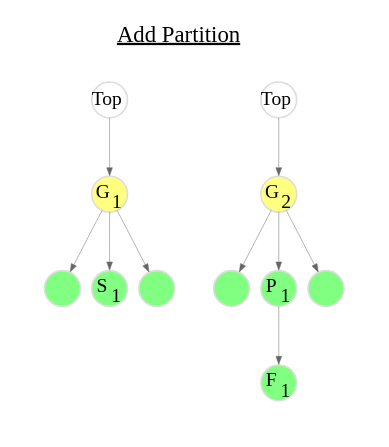
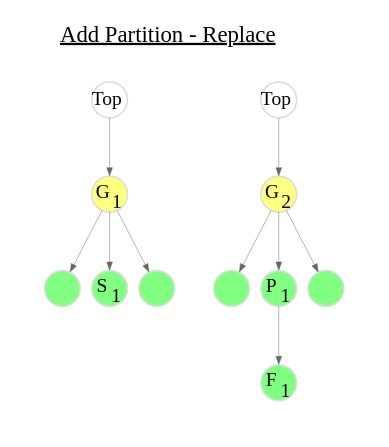
One commit to flatcap/dparted changed the diagram in 3_add_partition_replace.gv. Above: the diagram before and after it, drawn with Graphviz. The commit also changed 3 other files, not shown here.

```diff
--- a/3_add_partition_replace.gv
+++ b/3_add_partition_replace.gv
@@ -1,64 +1,64 @@
 digraph add {
 	graph [
 		rankdir="TB"
 		bgcolor="white"
 		color="white"
 		nodesep="0.1"
 		ranksep="0.5"
 		labelloc="t"
-		label=<<U>Add Partition</U>>
+		label=<<U>Add Partition - Replace</U>>
 	];
 
 	node [
 		fontsize="12"
 		style="solid"
 		width="0.3"
 		height="0.3"
 		fixedsize="true"
 		penwidth="1.0"
 		color="#DDDDDD"
 	];
 
 	edge [
 		penwidth="0.3"
 		color="#666666"
 		arrowsize="0.5"
 	];
 
 
 	subgraph cluster1 {
 		color=transparent;
 		labelloc="t"
 		label=""
 
 		a_Top [ label=<Top>                                              ];
 		a_G1  [ label=<G<SUB>1</SUB>> style="filled" fillcolor="#ffff80" ];
 		a_X1  [ label=<>              style="filled" fillcolor="#80ff80" ];
 		a_S1  [ label=<S<SUB>1</SUB>> style="filled" fillcolor="#80ff80" ];
 		a_X2  [ label=<>              style="filled" fillcolor="#80ff80" ];
 
 		a_Top -> a_G1;
 		a_G1 -> a_X1;
 		a_G1 -> a_S1;
 		a_G1 -> a_X2;
 	}
 
 	subgraph cluster2 {
 		color=transparent;
 		labelloc="t"
 		label=""
 
 		b_Top [ label=<Top>                                              ];
 		b_G2  [ label=<G<SUB>2</SUB>> style="filled" fillcolor="#ffff80" ];
 		b_X1  [ label=<>              style="filled" fillcolor="#80ff80" ];
 		b_P1  [ label=<P<SUB>1</SUB>> style="filled" fillcolor="#80ff80" ];
 		b_F1  [ label=<F<SUB>1</SUB>> style="filled" fillcolor="#80ff80" ];
 		b_X2  [ label=<>              style="filled" fillcolor="#80ff80" ];
 
 		b_Top -> b_G2;
 		b_G2 -> b_X1;
 		b_G2 -> b_P1;
 		b_G2 -> b_X2;
 		b_P1 -> b_F1;
 	}
 }
```
